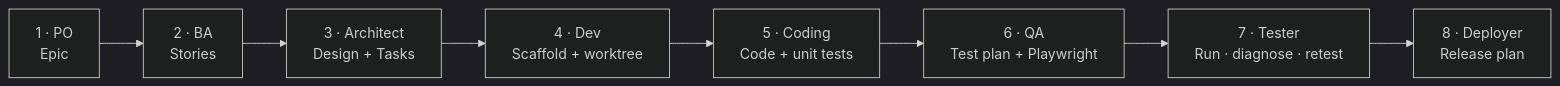
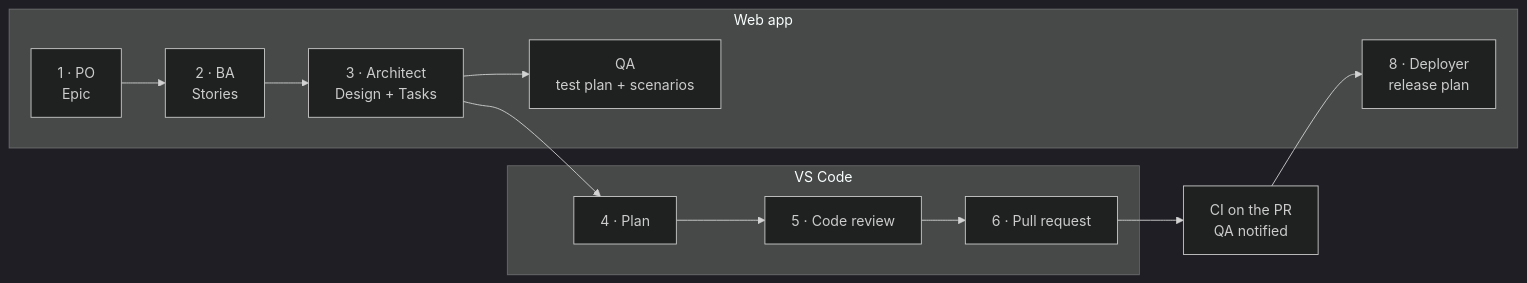
The second of 9 diagrams in docs/ARCHITECTURE.md (HasithaErandika/aura), drawn with Mermaid (dark theme) before and after one commit. The commit also changed other lines of this file and 41 other files, not shown here.

First line of the commit message:
docs: describe the VS Code workflow, mark completed plans, rewrite the roadmap

````diff
--- a/docs/ARCHITECTURE.md
+++ b/docs/ARCHITECTURE.md
@@ -76,7 +84,14 @@
 ```mermaid
 flowchart LR
-    G1["1 · PO<br/>Epic"] --> G2["2 · BA<br/>Stories"] --> G3["3 · Architect<br/>Design + Tasks"]
-    G3 --> G4["4 · Dev<br/>Scaffold + worktree"] --> G5["5 · Coding<br/>Code + unit tests"]
-    G5 --> G6["6 · QA<br/>Test plan + Playwright"] --> G7["7 · Tester<br/>Run · diagnose · retest"]
-    G7 --> G8["8 · Deployer<br/>Release plan"]
+    subgraph WEBL["Web app"]
+        G1["1 · PO<br/>Epic"] --> G2["2 · BA<br/>Stories"] --> G3["3 · Architect<br/>Design + Tasks"]
+        QA["QA<br/>test plan + scenarios"]
+        G8["8 · Deployer<br/>release plan"]
+    end
+    subgraph IDE["VS Code"]
+        G4["4 · Plan"] --> G5["5 · Code review"] --> G6["6 · Pull request"]
+    end
+    G3 --> G4
+    G3 --> QA
+    G6 --> CI["CI on the PR<br/>QA notified"] --> G8
 ```
````
